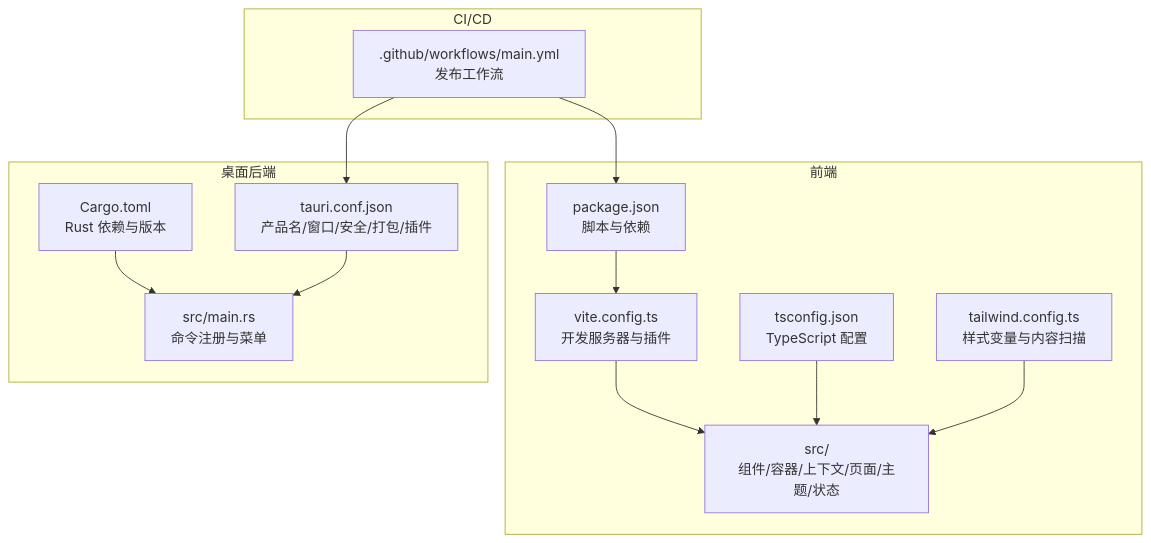
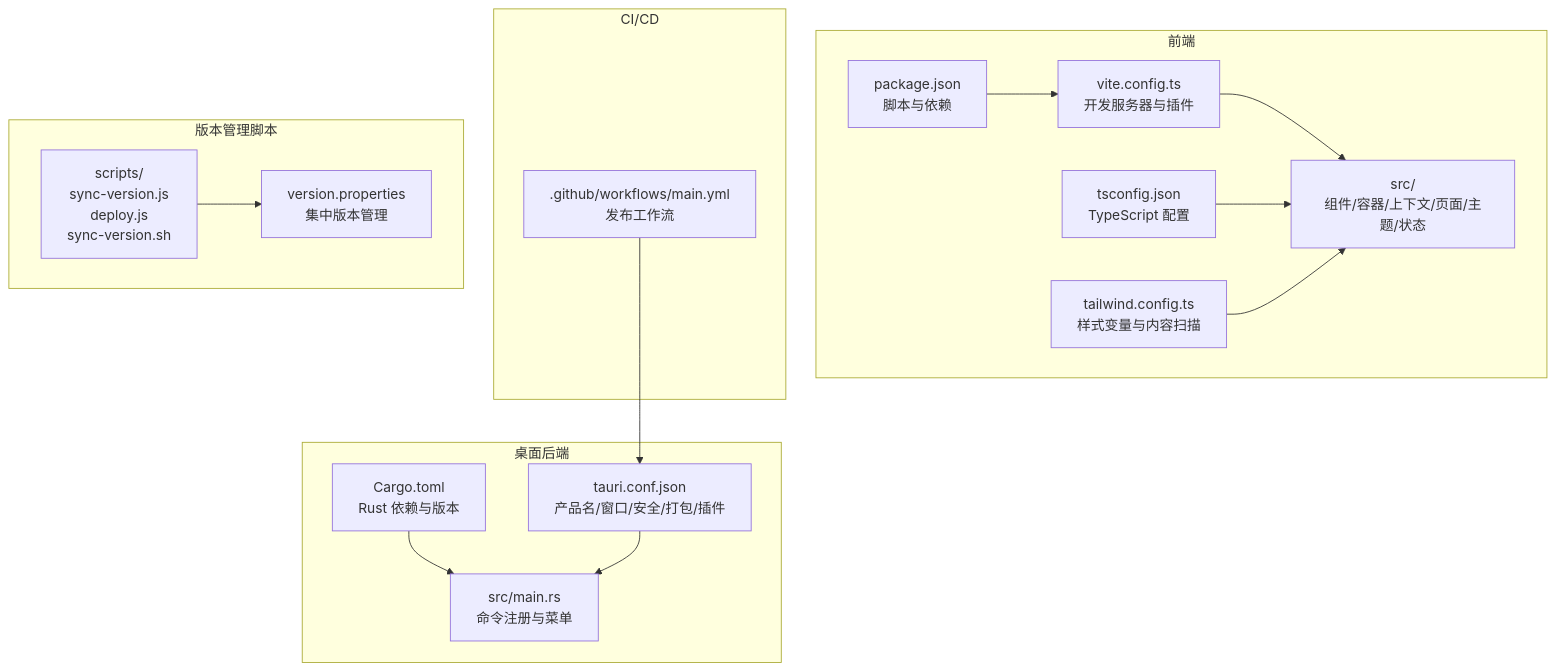
Before and after one commit to YLee9527/Medex: the first of 4 diagrams in doc/repowiki/zh/content/开发指南/开发工作流程/开发工作流程.md, drawn with Mermaid. The commit also changed other lines of this file and 31 other files, not shown here.

First line of the commit message:
docs(doc): 添加部署脚本、锁屏功能、发布指南及设置按钮图标文档

````diff
--- a/doc/repowiki/zh/content/开发指南/开发工作流程/开发工作流程.md
+++ b/doc/repowiki/zh/content/开发指南/开发工作流程/开发工作流程.md
@@ -43,26 +58,30 @@
 ```mermaid
 graph TB
 subgraph "前端"
 FE_PKG["package.json<br/>脚本与依赖"]
 FE_VITE["vite.config.ts<br/>开发服务器与插件"]
 FE_TS["tsconfig.json<br/>TypeScript 配置"]
 FE_TW["tailwind.config.ts<br/>样式变量与内容扫描"]
 FE_SRC["src/<br/>组件/容器/上下文/页面/主题/状态"]
 end
 subgraph "桌面后端"
 BE_CARGO["Cargo.toml<br/>Rust 依赖与版本"]
 BE_TCONF["tauri.conf.json<br/>产品名/窗口/安全/打包/插件"]
 BE_MAIN["src/main.rs<br/>命令注册与菜单"]
 end
 subgraph "CI/CD"
 CI_WF[".github/workflows/main.yml<br/>发布工作流"]
 end
+subgraph "版本管理脚本"
+VM_SCRIPTS["scripts/<br/>sync-version.js<br/>deploy.js<br/>sync-version.sh"]
+VM_FILE["version.properties<br/>集中版本管理"]
+end
 FE_PKG --> FE_VITE
 FE_VITE --> FE_SRC
 FE_TS --> FE_SRC
 FE_TW --> FE_SRC
 BE_CARGO --> BE_MAIN
 BE_TCONF --> BE_MAIN
 CI_WF --> BE_TCONF
-CI_WF --> FE_PKG
+VM_SCRIPTS --> VM_FILE
 ```
````
